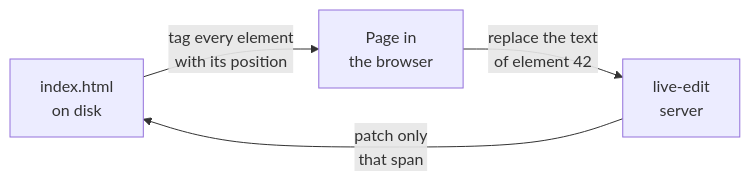
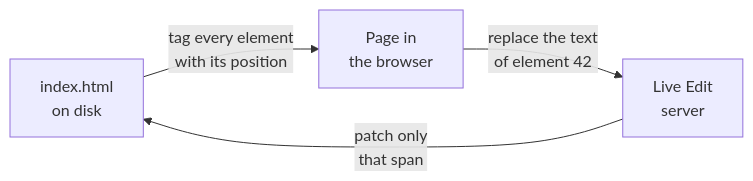
Before and after one commit to lucadebort/live-edit: the diagram in README.md, drawn with Mermaid. The commit also changed other lines of this file and 3 other files, not shown here.

First line of the commit message:
Merge pull request #1 from lucadebort/docs/name-live-edit

````diff
--- a/README.md
+++ b/README.md
@@ -148,6 +148,6 @@
 ```mermaid
 flowchart LR
   A[index.html<br>on disk] -->|tag every element<br>with its position| B[Page in<br>the browser]
-  B -->|"replace the text<br>of element 42"| C[live-edit<br>server]
+  B -->|"replace the text<br>of element 42"| C[Live Edit<br>server]
   C -->|patch only<br>that span| A
 ```
````
